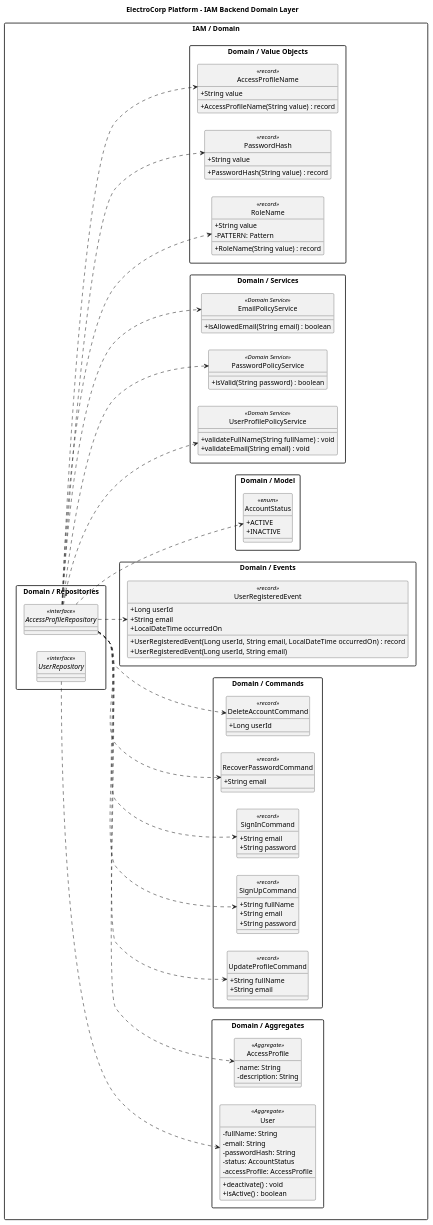
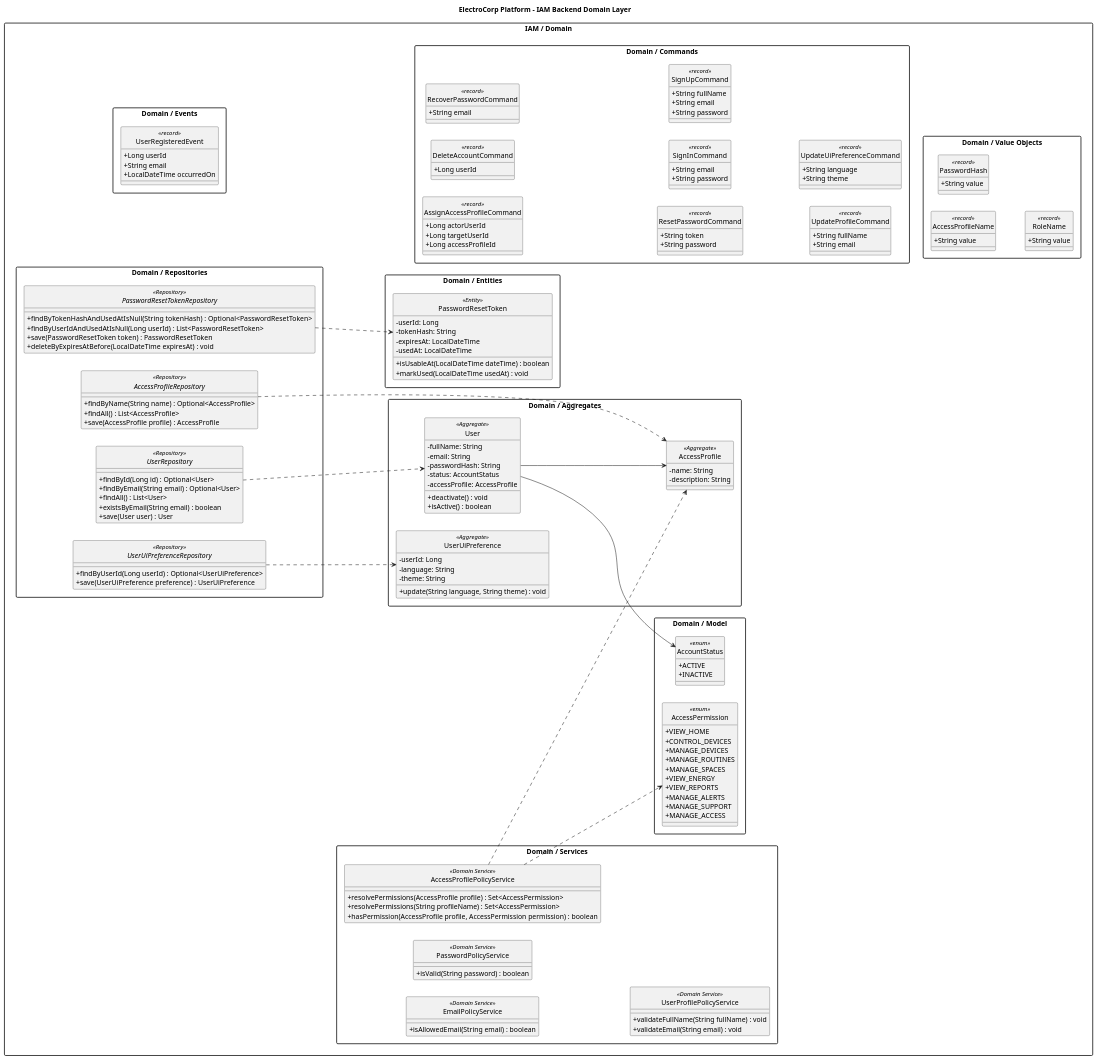
The diagram in docs/diagrams/class/backend/layers/iam/backend-iam-domain-class-diagram.puml (upc-pre-202610-1asi0729-11896-ecorp/electrocorp-report), drawn with PlantUML before and after one commit. The commit also changed 34 other files, not shown here.

Commit message:
docs: update final architecture diagrams

```diff
--- a/docs/diagrams/class/backend/layers/iam/backend-iam-domain-class-diagram.puml
+++ b/docs/diagrams/class/backend/layers/iam/backend-iam-domain-class-diagram.puml
@@ -1,114 +1,163 @@
 @startuml
 title ElectroCorp Platform - IAM Backend Domain Layer
 left to right direction
 skinparam packageStyle rectangle
 skinparam shadowing false
 skinparam classAttributeIconSize 0
 hide circle
 
 package "IAM / Domain" {
   package "Domain / Aggregates" {
     class "AccessProfile" as Backend_iam_AccessProfile <<Aggregate>> {
       - name: String
       - description: String
     }
     class "User" as Backend_iam_User <<Aggregate>> {
       - fullName: String
       - email: String
       - passwordHash: String
       - status: AccountStatus
       - accessProfile: AccessProfile
       + deactivate() : void
       + isActive() : boolean
     }
+    class "UserUiPreference" as Backend_iam_UserUiPreference <<Aggregate>> {
+      - userId: Long
+      - language: String
+      - theme: String
+      + update(String language, String theme) : void
+    }
+  }
+  package "Domain / Entities" {
+    class "PasswordResetToken" as Backend_iam_PasswordResetToken <<Entity>> {
+      - userId: Long
+      - tokenHash: String
+      - expiresAt: LocalDateTime
+      - usedAt: LocalDateTime
+      + isUsableAt(LocalDateTime dateTime) : boolean
+      + markUsed(LocalDateTime usedAt) : void
+    }
   }
   package "Domain / Commands" {
+    class "AssignAccessProfileCommand" as Backend_iam_AssignAccessProfileCommand <<record>> {
+      + Long actorUserId
+      + Long targetUserId
+      + Long accessProfileId
+    }
     class "DeleteAccountCommand" as Backend_iam_DeleteAccountCommand <<record>> {
       + Long userId
     }
     class "RecoverPasswordCommand" as Backend_iam_RecoverPasswordCommand <<record>> {
       + String email
+    }
+    class "ResetPasswordCommand" as Backend_iam_ResetPasswordCommand <<record>> {
+      + String token
+      + String password
     }
     class "SignInCommand" as Backend_iam_SignInCommand <<record>> {
       + String email
       + String password
     }
     class "SignUpCommand" as Backend_iam_SignUpCommand <<record>> {
       + String fullName
       + String email
       + String password
     }
     class "UpdateProfileCommand" as Backend_iam_UpdateProfileCommand <<record>> {
       + String fullName
       + String email
     }
+    class "UpdateUiPreferenceCommand" as Backend_iam_UpdateUiPreferenceCommand <<record>> {
+      + String language
+      + String theme
+    }
   }
   package "Domain / Events" {
     class "UserRegisteredEvent" as Backend_iam_UserRegisteredEvent <<record>> {
       + Long userId
       + String email
       + LocalDateTime occurredOn
-      + UserRegisteredEvent(Long userId, String email, LocalDateTime occurredOn) : record
-      + UserRegisteredEvent(Long userId, String email)
     }
   }
   package "Domain / Model" {
+    enum "AccessPermission" as Backend_iam_AccessPermission <<enum>> {
+      + VIEW_HOME
+      + CONTROL_DEVICES
+      + MANAGE_DEVICES
+      + MANAGE_ROUTINES
+      + MANAGE_SPACES
+      + VIEW_ENERGY
+      + VIEW_REPORTS
+      + MANAGE_ALERTS
+      + MANAGE_SUPPORT
+      + MANAGE_ACCESS
+    }
     enum "AccountStatus" as Backend_iam_AccountStatus <<enum>> {
       + ACTIVE
       + INACTIVE
     }
   }
   package "Domain / Repositories" {
-    interface "AccessProfileRepository" as Backend_iam_AccessProfileRepository <<interface>> {
+    interface "AccessProfileRepository" as Backend_iam_AccessProfileRepository <<Repository>> {
+      + findByName(String name) : Optional<AccessProfile>
+      + findAll() : List<AccessProfile>
+      + save(AccessProfile profile) : AccessProfile
     }
-    interface "UserRepository" as Backend_iam_UserRepository <<interface>> {
+    interface "UserRepository" as Backend_iam_UserRepository <<Repository>> {
+      + findById(Long id) : Optional<User>
+      + findByEmail(String email) : Optional<User>
+      + findAll() : List<User>
+      + existsByEmail(String email) : boolean
+      + save(User user) : User
+    }
+    interface "PasswordResetTokenRepository" as Backend_iam_PasswordResetTokenRepository <<Repository>> {
+      + findByTokenHashAndUsedAtIsNull(String tokenHash) : Optional<PasswordResetToken>
+      + findByUserIdAndUsedAtIsNull(Long userId) : List<PasswordResetToken>
+      + save(PasswordResetToken token) : PasswordResetToken
+      + deleteByExpiresAtBefore(LocalDateTime expiresAt) : void
+    }
+    interface "UserUiPreferenceRepository" as Backend_iam_UserUiPreferenceRepository <<Repository>> {
+      + findByUserId(Long userId) : Optional<UserUiPreference>
+      + save(UserUiPreference preference) : UserUiPreference
     }
   }
   package "Domain / Services" {
+    class "AccessProfilePolicyService" as Backend_iam_AccessProfilePolicyService <<Domain Service>> {
+      + resolvePermissions(AccessProfile profile) : Set<AccessPermission>
+      + resolvePermissions(String profileName) : Set<AccessPermission>
+      + hasPermission(AccessProfile profile, AccessPermission permission) : boolean
+    }
     class "EmailPolicyService" as Backend_iam_EmailPolicyService <<Domain Service>> {
       + isAllowedEmail(String email) : boolean
     }
     class "PasswordPolicyService" as Backend_iam_PasswordPolicyService <<Domain Service>> {
       + isValid(String password) : boolean
     }
     class "UserProfilePolicyService" as Backend_iam_UserProfilePolicyService <<Domain Service>> {
       + validateFullName(String fullName) : void
       + validateEmail(String email) : void
     }
   }
   package "Domain / Value Objects" {
     class "AccessProfileName" as Backend_iam_AccessProfileName <<record>> {
       + String value
-      + AccessProfileName(String value) : record
     }
     class "PasswordHash" as Backend_iam_PasswordHash <<record>> {
       + String value
-      + PasswordHash(String value) : record
     }
     class "RoleName" as Backend_iam_RoleName <<record>> {
       + String value
-      + RoleName(String value) : record
-      - PATTERN: Pattern
     }
   }
 }
 
+Backend_iam_User --> Backend_iam_AccessProfile
+Backend_iam_User --> Backend_iam_AccountStatus
+Backend_iam_AccessProfilePolicyService ..> Backend_iam_AccessPermission
+Backend_iam_AccessProfilePolicyService ..> Backend_iam_AccessProfile
 Backend_iam_AccessProfileRepository ..> Backend_iam_AccessProfile
 Backend_iam_UserRepository ..> Backend_iam_User
-
-' Layer relationship completion: every declared type participates in this layer diagram.
-Backend_iam_AccessProfileRepository ..> Backend_iam_DeleteAccountCommand
-Backend_iam_AccessProfileRepository ..> Backend_iam_RecoverPasswordCommand
-Backend_iam_AccessProfileRepository ..> Backend_iam_SignInCommand
-Backend_iam_AccessProfileRepository ..> Backend_iam_SignUpCommand
-Backend_iam_AccessProfileRepository ..> Backend_iam_UpdateProfileCommand
-Backend_iam_AccessProfileRepository ..> Backend_iam_UserRegisteredEvent
-Backend_iam_AccessProfileRepository ..> Backend_iam_AccountStatus
-Backend_iam_AccessProfileRepository ..> Backend_iam_EmailPolicyService
-Backend_iam_AccessProfileRepository ..> Backend_iam_PasswordPolicyService
-Backend_iam_AccessProfileRepository ..> Backend_iam_UserProfilePolicyService
-Backend_iam_AccessProfileRepository ..> Backend_iam_AccessProfileName
-Backend_iam_AccessProfileRepository ..> Backend_iam_PasswordHash
-Backend_iam_AccessProfileRepository ..> Backend_iam_RoleName
+Backend_iam_PasswordResetTokenRepository ..> Backend_iam_PasswordResetToken
+Backend_iam_UserUiPreferenceRepository ..> Backend_iam_UserUiPreference
 
 @enduml
```
